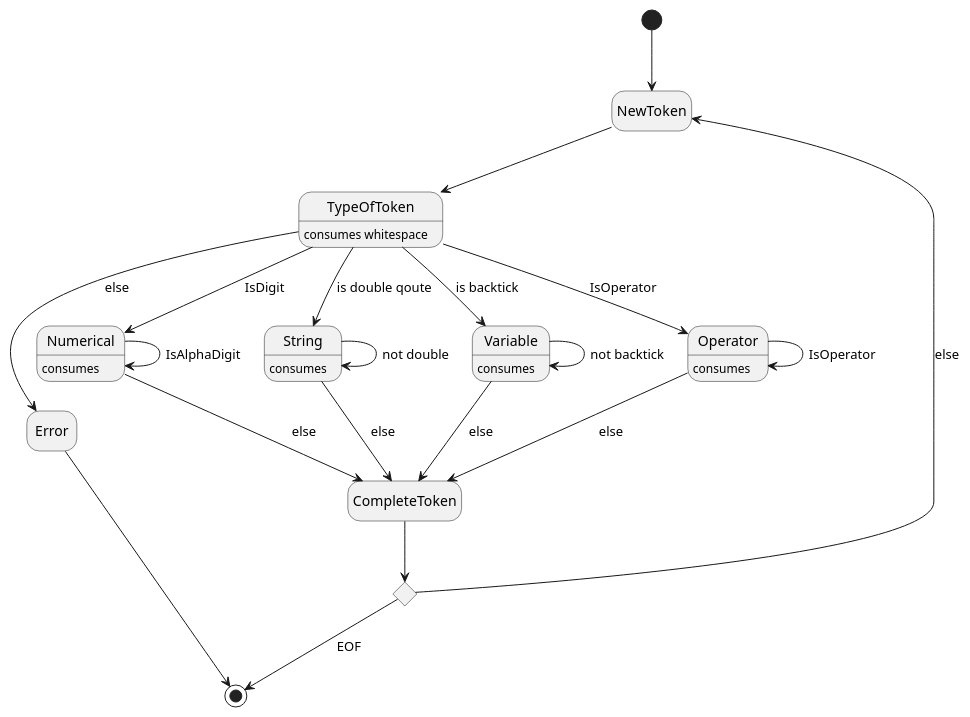
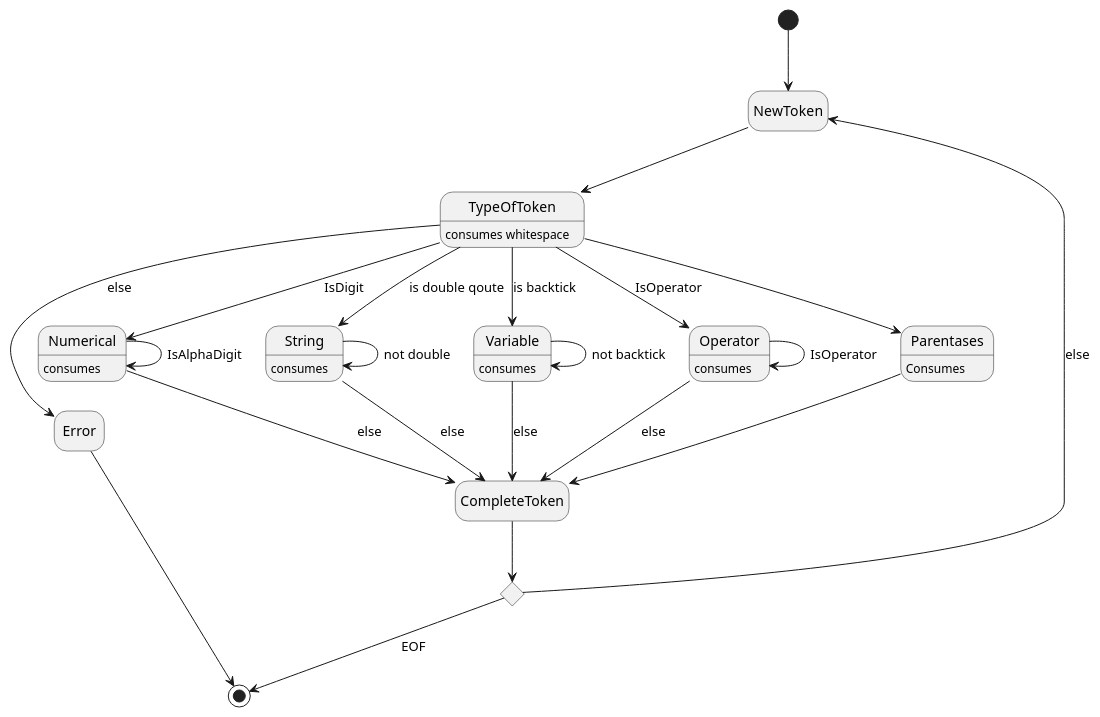
One commit to daplhall/dicechanics-webapp changed the diagram in PythonSerivce/docs/StatementTokenizer.puml. Above: the diagram before and after it, drawn with PlantUML. The commit also changed 6 other files, not shown here.

```diff
--- a/PythonSerivce/docs/StatementTokenizer.puml
+++ b/PythonSerivce/docs/StatementTokenizer.puml
@@ -1,35 +1,38 @@
 @startuml StatementTokeniser
 hide empty description
 top to bottom direction
 state NewToken
 State Numerical: consumes
 state String : consumes
 state Variable: consumes
 state Operator: consumes
+state Parentases: Consumes
 state CompleteToken
 state Error
 state TypeOfToken : consumes whitespace
 state ToExit <<choice>>
 
 [*] --> NewToken
 NewToken --> TypeOfToken
 TypeOfToken --> Numerical : IsDigit
 TypeOfToken --> Operator : IsOperator
 TypeOfToken --> Error : else
 TypeOfToken --> String : is double qoute
 TypeOfToken --> Variable : is backtick
+TypeOfToken --> Parentases
 Numerical --> Numerical : IsAlphaDigit
 Numerical --> CompleteToken : else
 Operator --> Operator : IsOperator
 Operator --> CompleteToken : else
 String --> String : not double
 String --> CompleteToken : else
 Variable --> Variable : not backtick
 Variable  --> CompleteToken : else
+Parentases  --> CompleteToken
 CompleteToken --> ToExit
 
 
 ToExit --> NewToken : else
 ToExit --> [*] : EOF
 Error --> [*]
 @enduml
```
